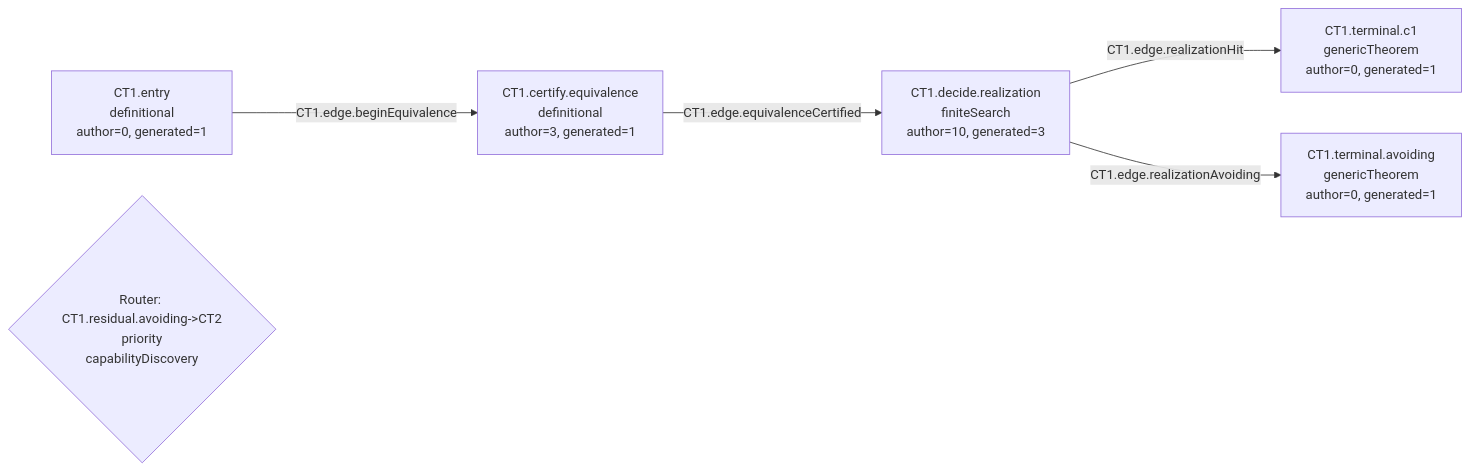
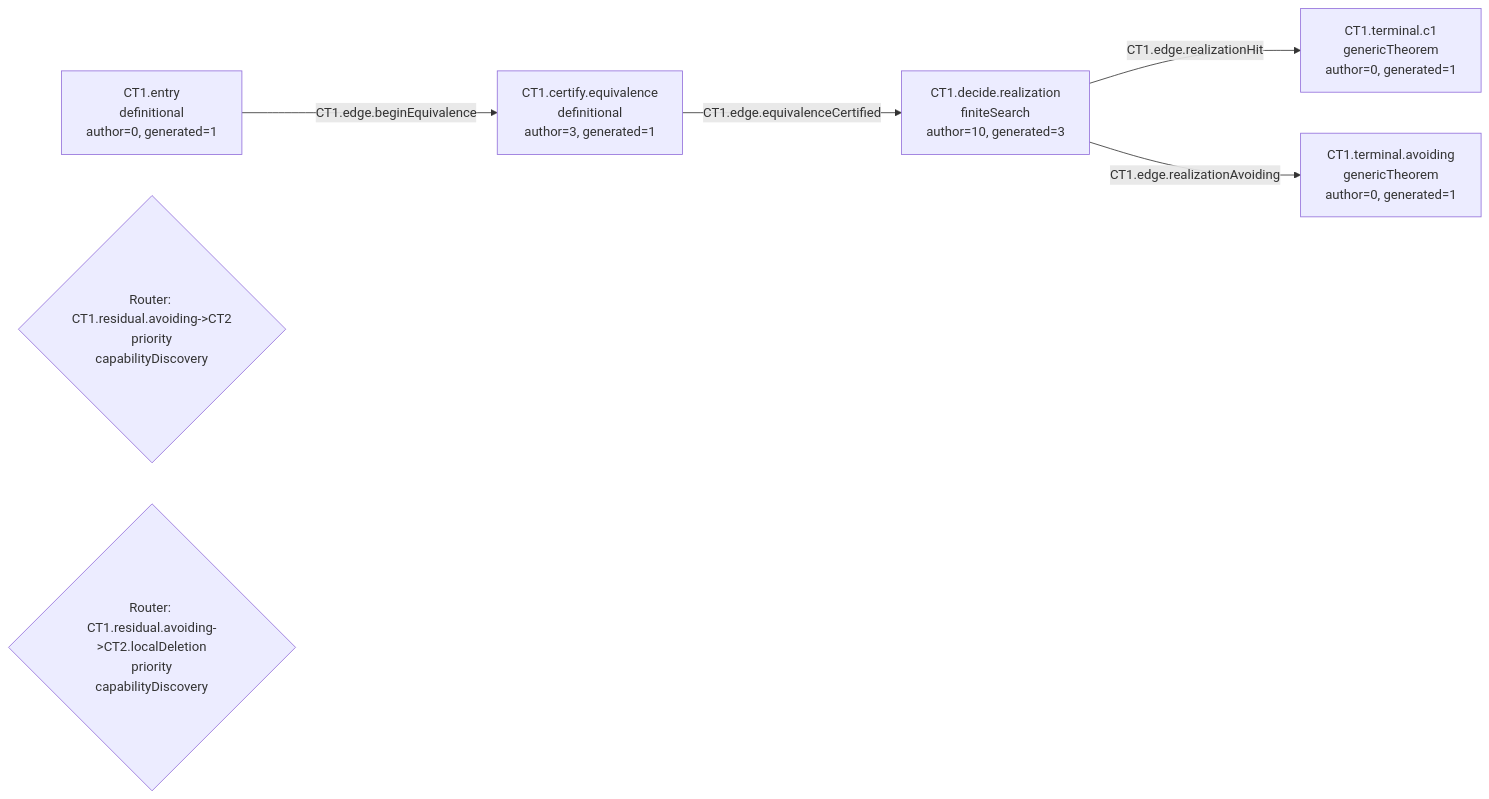
Before and after one commit to Guillemdb/structural_exhaustion: the diagram in generated/mermaid/CT1.mmd, drawn with Mermaid. The commit also changed 194 other files, not shown here.

```diff
--- a/generated/mermaid/CT1.mmd
+++ b/generated/mermaid/CT1.mmd
@@ -1,11 +1,12 @@
 flowchart LR
   N1["CT1.entry<br/>definitional<br/>author=0, generated=1"]
   N2["CT1.certify.equivalence<br/>definitional<br/>author=3, generated=1"]
   N3["CT1.decide.realization<br/>finiteSearch<br/>author=10, generated=3"]
   N4["CT1.terminal.c1<br/>genericTheorem<br/>author=0, generated=1"]
   N5["CT1.terminal.avoiding<br/>genericTheorem<br/>author=0, generated=1"]
   N1 -->|CT1.edge.beginEquivalence| N2
   N2 -->|CT1.edge.equivalenceCertified| N3
   N3 -->|CT1.edge.realizationHit| N4
   N3 -->|CT1.edge.realizationAvoiding| N5
   R1{"Router: CT1.residual.avoiding->CT2<br/>priority<br/>capabilityDiscovery"}
+  R2{"Router: CT1.residual.avoiding->CT2.localDeletion<br/>priority<br/>capabilityDiscovery"}
```
